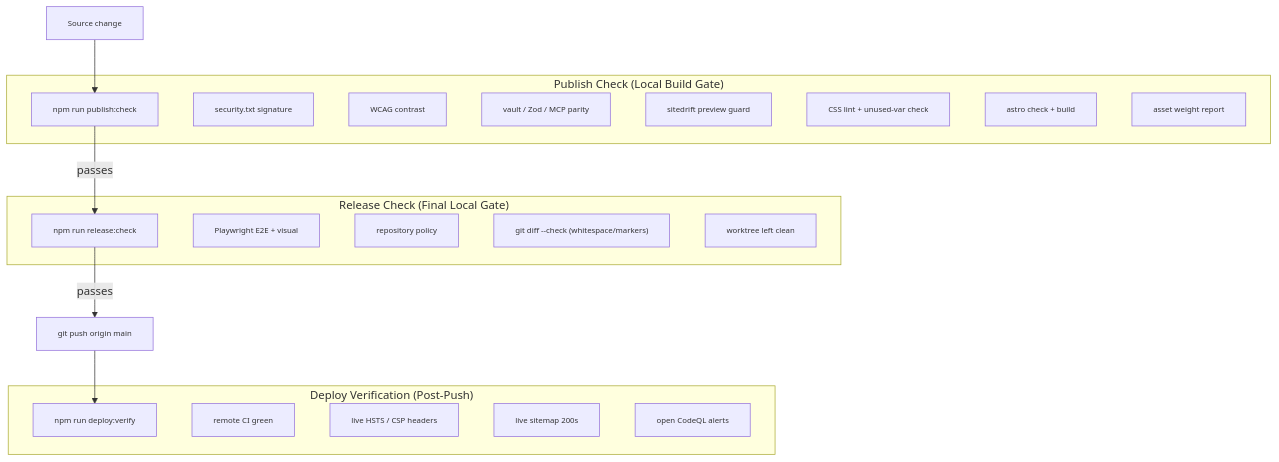
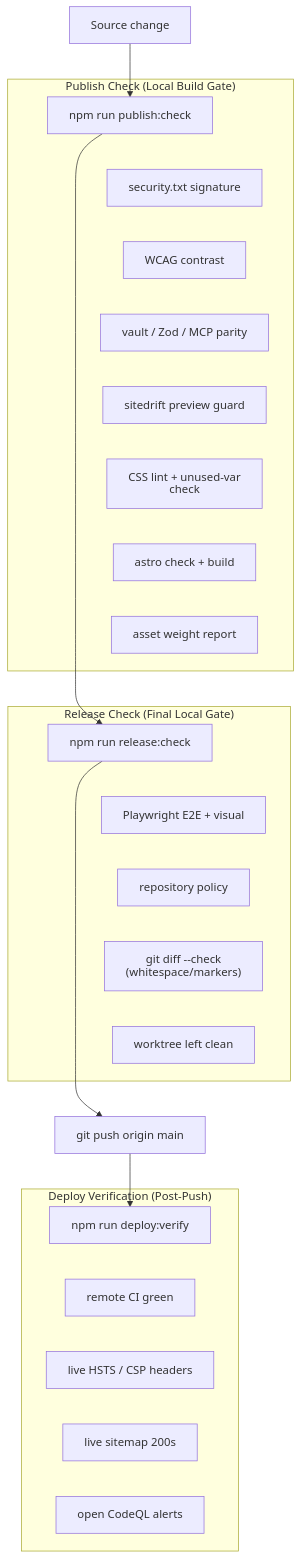
One commit to joeseverino/jseverino.com changed the diagram in tests/ARCHITECTURE.md. Above: the diagram before and after it, drawn with Mermaid. The commit also changed other lines of this file and 39 other files, not shown here.

````diff
--- a/tests/ARCHITECTURE.md
+++ b/tests/ARCHITECTURE.md
@@ -28,36 +28,42 @@
 ```mermaid
+%%{init: { "htmlLabels": false } }%%
 graph TD
     A["Source change"] --> B
-    B -->|passes| C
-    C -->|passes| D["git push origin main"]
+    B --> C
+    C --> D["git push origin main"]
     D --> E
 
     subgraph publish ["Publish Check (Local Build Gate)"]
         B["npm run publish:check"]
         B1["security.txt signature"]
         B2["WCAG contrast"]
         B3["vault / Zod / MCP parity"]
         B4["sitedrift preview guard"]
         B5["CSS lint + unused-var check"]
         B6["astro check + build"]
         B7["asset weight report"]
     end
 
     subgraph release ["Release Check (Final Local Gate)"]
         C["npm run release:check"]
         C1["Playwright E2E + visual"]
         C2["repository policy"]
         C3["git diff --check (whitespace/markers)"]
         C4["worktree left clean"]
     end
 
     subgraph deploy ["Deploy Verification (Post-Push)"]
         E["npm run deploy:verify"]
         E1["remote CI green"]
         E2["live HSTS / CSP headers"]
         E3["live sitemap 200s"]
         E4["open CodeQL alerts"]
     end
 
-    classDef default font-size:11px;
+    %% Force vertical layout nesting
+    B ~~~ B1 ~~~ B2 ~~~ B3 ~~~ B4 ~~~ B5 ~~~ B6 ~~~ B7
+    B7 ~~~ C
+    C ~~~ C1 ~~~ C2 ~~~ C3 ~~~ C4
+    C4 ~~~ D
+    E ~~~ E1 ~~~ E2 ~~~ E3 ~~~ E4
 ```
````
